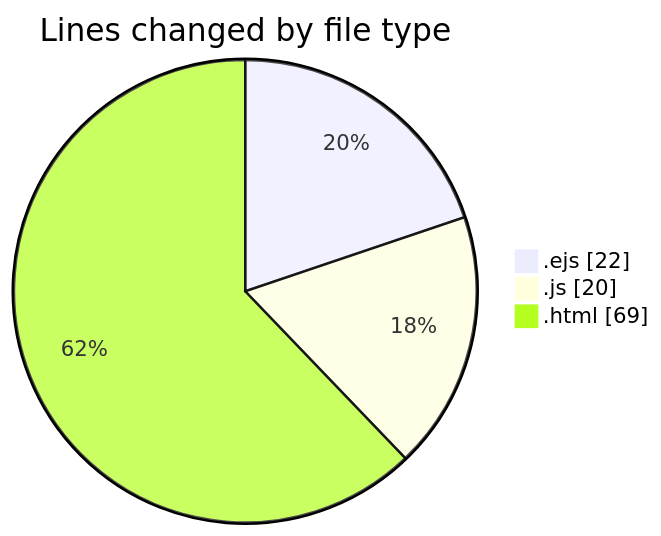
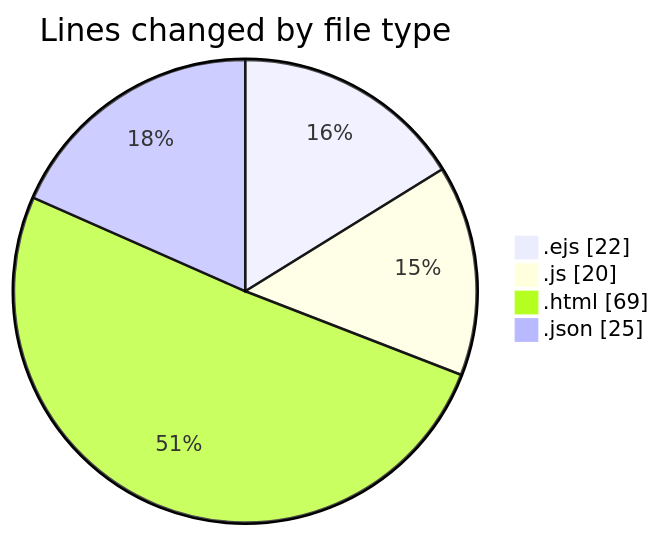
The first of 2 diagrams in 2025-02-28/retro-futuristic-blog/README.md (robertbonfada/code-tracking), drawn with Mermaid before and after one commit. The commit also changed other lines of this file and 1 other file, not shown here.

````diff
--- a/2025-02-28/retro-futuristic-blog/README.md
+++ b/2025-02-28/retro-futuristic-blog/README.md
@@ -23,7 +24,8 @@
 ```mermaid
 pie showData
 title Lines changed by file type
 ".ejs" : 22
 ".js" : 20
 ".html" : 69
+".json" : 25
 ```
````
